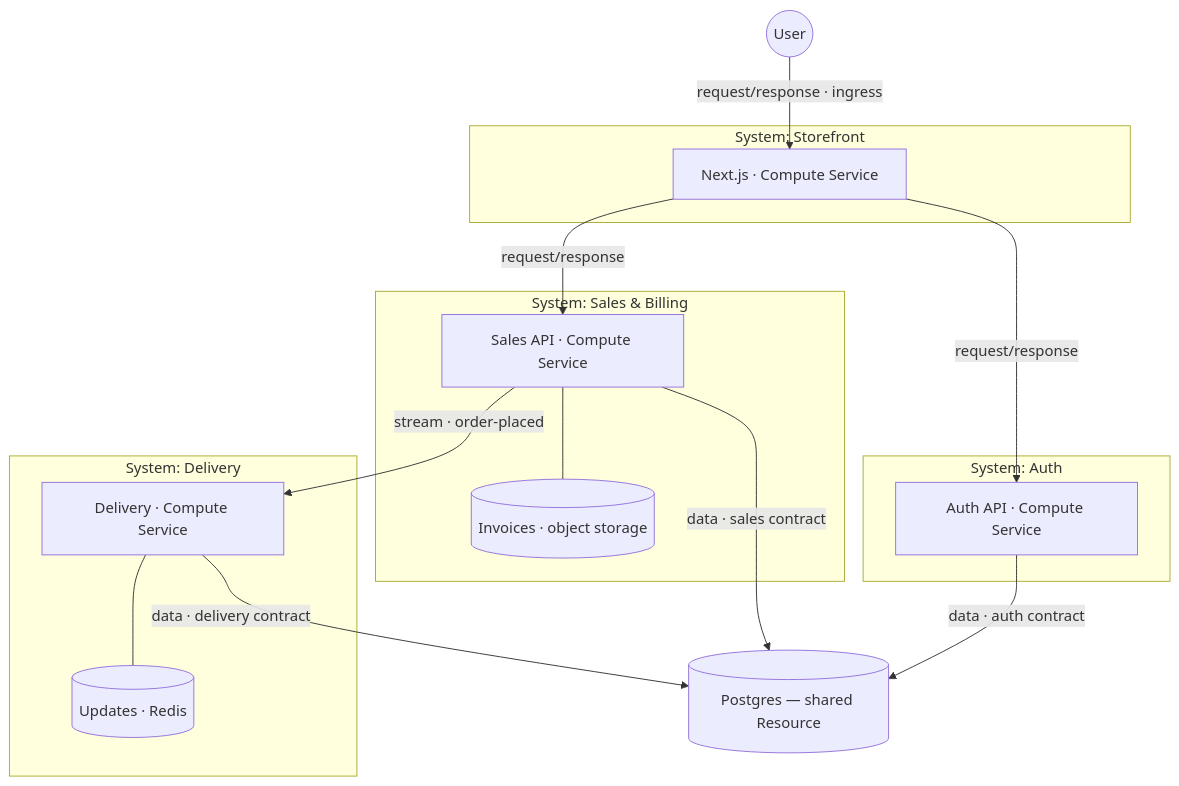
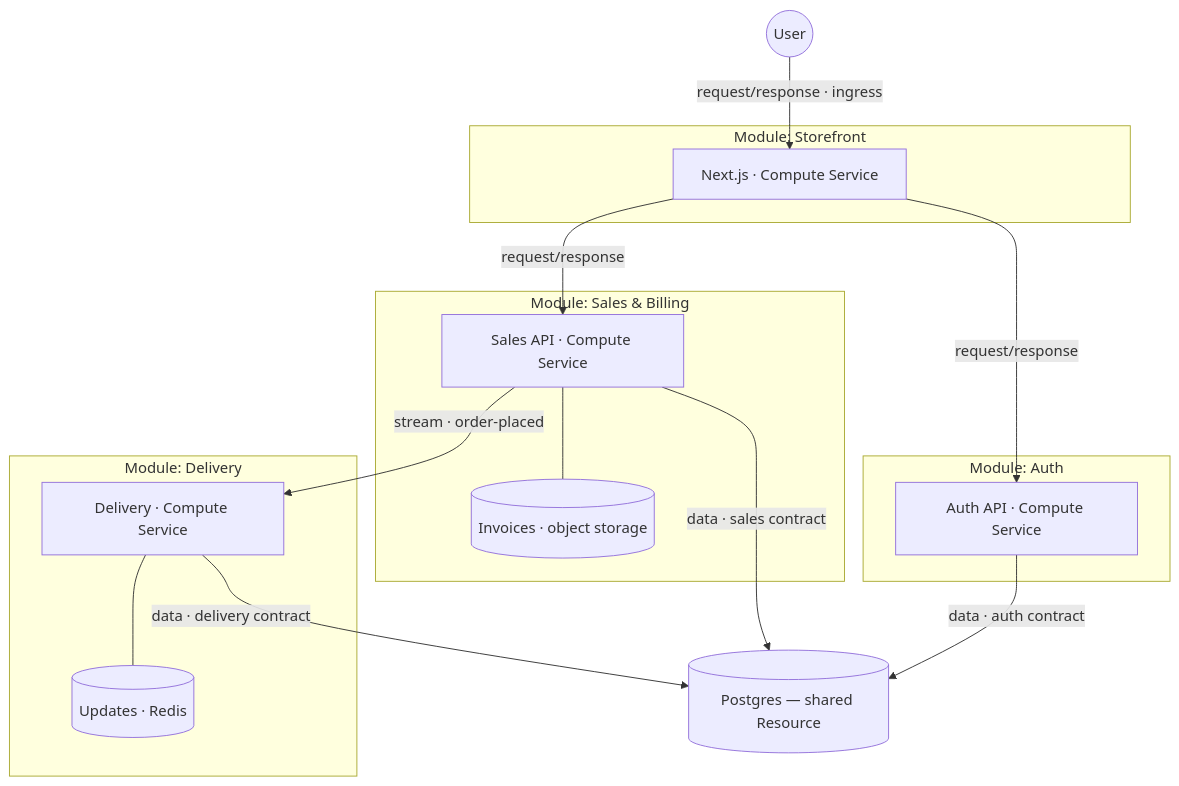
Before and after one commit to prisma/app: the diagram in README.md, drawn with Mermaid. The commit also changed other lines of this file and 38 other files, not shown here.

First line of the commit message:
docs: rename System → Module across design docs, ADRs, and guides (ADR-0025)

````diff
--- a/README.md
+++ b/README.md
@@ -24,30 +24,30 @@
 ```mermaid
 flowchart TB
   User((User))
 
-  subgraph Storefront["System: Storefront"]
+  subgraph Storefront["Module: Storefront"]
     SF["Next.js · Compute Service"]
   end
-  subgraph Sales["System: Sales & Billing"]
+  subgraph Sales["Module: Sales & Billing"]
     SA["Sales API · Compute Service"]
     INV[("Invoices · object storage")]
     SA --- INV
   end
-  subgraph Delivery["System: Delivery"]
+  subgraph Delivery["Module: Delivery"]
     DE["Delivery · Compute Service"]
     RD[("Updates · Redis")]
     DE --- RD
   end
-  subgraph Auth["System: Auth"]
+  subgraph Auth["Module: Auth"]
     AU["Auth API · Compute Service"]
   end
   PG[("Postgres — shared Resource")]
 
   User -->|request/response · ingress| SF
   SF -->|request/response| SA
   SF -->|request/response| AU
   SA -->|stream · order-placed| DE
   SA -->|data · sales contract| PG
   DE -->|data · delivery contract| PG
   AU -->|data · auth contract| PG
 ```
````
